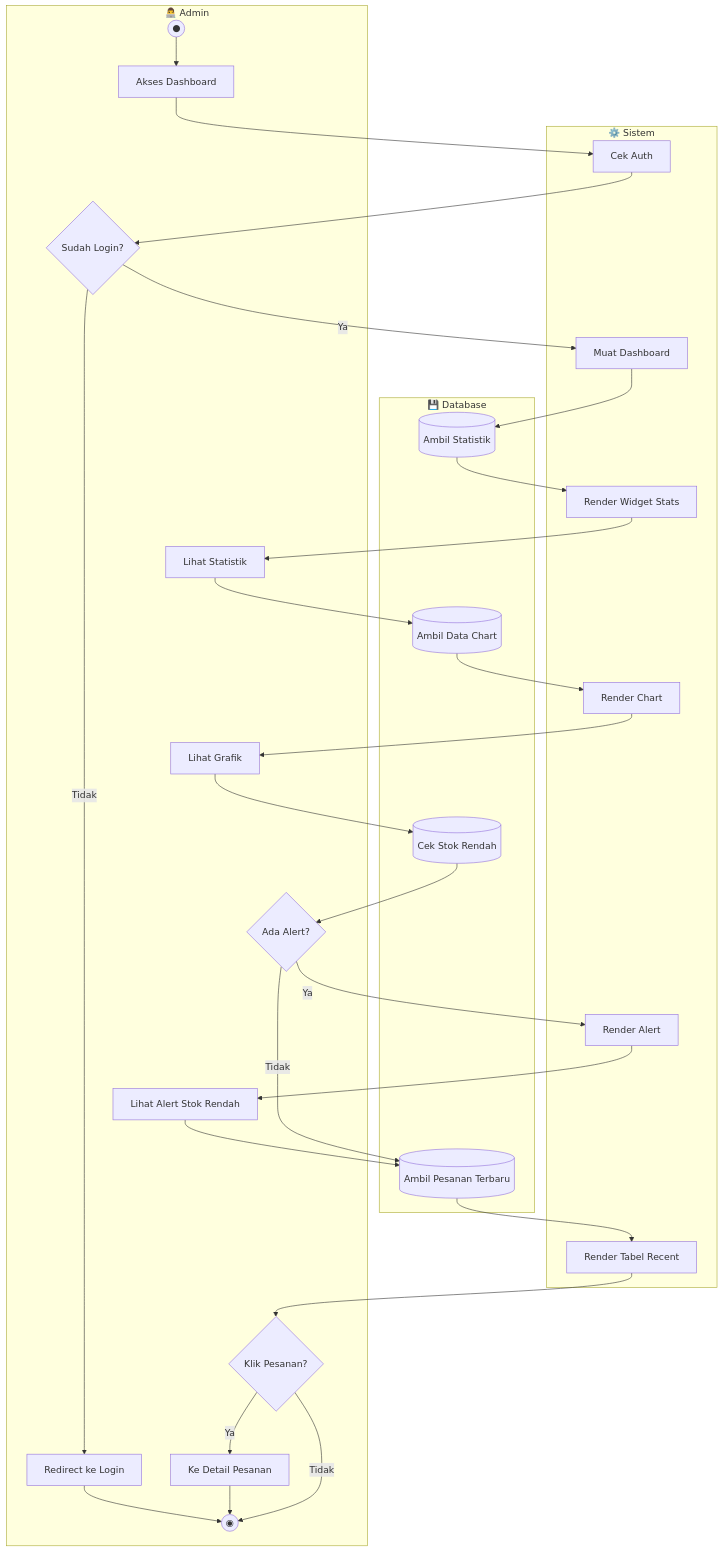
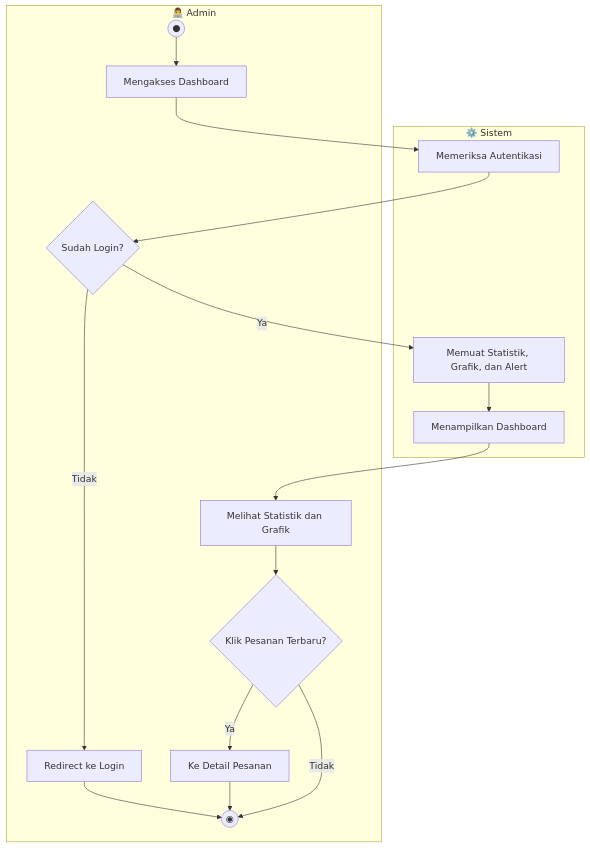
Diagram 11 of 17 in docs/ACTIVITY_DIAGRAMS.md (mustarisyahding07-spec/WEBSITE_SKRIPSI_MUSTARI), drawn with Mermaid before and after one commit. The commit also changed other lines of this file, not shown here.

Commit message:
docs: simplify activity diagrams and add academic explanations

````diff
--- a/docs/ACTIVITY_DIAGRAMS.md
+++ b/docs/ACTIVITY_DIAGRAMS.md
@@ -628,56 +477,32 @@
 ```mermaid
 flowchart TD
     subgraph Admin["👨‍💻 Admin"]
         A1((●))
-        A2[Akses Dashboard]
+        A2[Mengakses Dashboard]
         A3{Sudah Login?}
         A4[Redirect ke Login]
-        A5[Lihat Statistik]
-        A6[Lihat Grafik]
-        A7{Ada Alert?}
-        A8[Lihat Alert Stok Rendah]
-        A9{Klik Pesanan?}
-        A10[Ke Detail Pesanan]
-        A11((◉))
+        A5[Melihat Statistik dan Grafik]
+        A6{Klik Pesanan Terbaru?}
+        A7[Ke Detail Pesanan]
+        A8((◉))
     end
-    
+
     subgraph Sistem["⚙️ Sistem"]
-        S1[Cek Auth]
-        S2[Muat Dashboard]
-        S3[Render Widget Stats]
-        S4[Render Chart]
-        S5[Render Alert]
-        S6[Render Tabel Recent]
+        S1[Memeriksa Autentikasi]
+        S2[Memuat Statistik, Grafik, dan Alert]
+        S3[Menampilkan Dashboard]
     end
-    
-    subgraph Database["💾 Database"]
-        D1[(Ambil Statistik)]
-        D2[(Ambil Data Chart)]
-        D3[(Ambil Pesanan Terbaru)]
-        D4[(Cek Stok Rendah)]
-    end
-    
+
     A1 --> A2
     A2 --> S1
     S1 --> A3
     A3 -->|Tidak| A4
-    A4 --> A11
+    A4 --> A8
     A3 -->|Ya| S2
-    S2 --> D1
-    D1 --> S3
+    S2 --> S3
     S3 --> A5
-    A5 --> D2
-    D2 --> S4
-    S4 --> A6
-    A6 --> D4
-    D4 --> A7
-    A7 -->|Ya| S5
-    S5 --> A8
-    A8 --> D3
-    A7 -->|Tidak| D3
-    D3 --> S6
-    S6 --> A9
-    A9 -->|Ya| A10
-    A10 --> A11
-    A9 -->|Tidak| A11
+    A5 --> A6
+    A6 -->|Ya| A7
+    A7 --> A8
+    A6 -->|Tidak| A8
 ```
````
